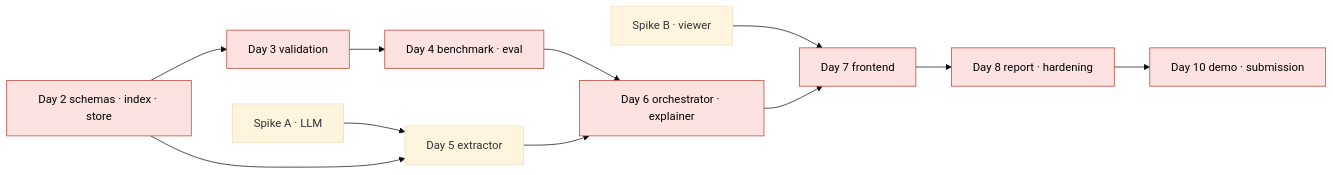
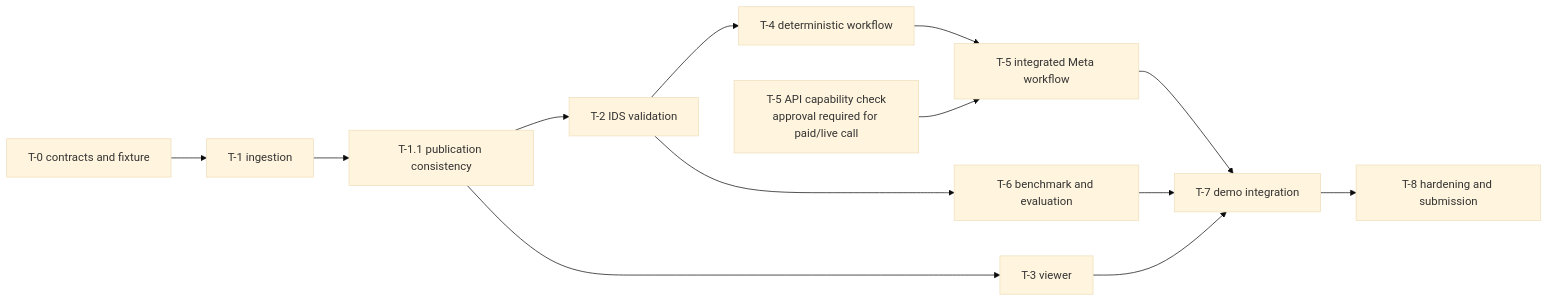
The diagram in docs/IMPLEMENTATION_PLAN.md (natnew/BIM-Intelligence), drawn with Mermaid (base theme) before and after one commit. The commit also changed other lines of this file and 3 other files, not shown here.

````diff
--- a/docs/IMPLEMENTATION_PLAN.md
+++ b/docs/IMPLEMENTATION_PLAN.md
@@ -109,15 +164,15 @@
 ```mermaid
 flowchart LR
-    S1["Spike A · LLM"] --> D5["Day 5 extractor"]
-    S2["Spike B · viewer"] --> D7["Day 7 frontend"]
-    D2["Day 2 schemas · index · store"] --> D3["Day 3 validation"]
-    D2 --> D5
-    D3 --> D4["Day 4 benchmark · eval"]
-    D4 --> D6["Day 6 orchestrator · explainer"]
-    D5 --> D6
-    D6 --> D7
-    D7 --> D8["Day 8 report · hardening"]
-    D8 --> D10["Day 10 demo · submission"]
-    classDef crit fill:#fde2e2,stroke:#c0392b,color:#000;
-    class D2,D3,D4,D6,D7,D8,D10 crit;
+    T0["T-0 contracts and fixture"] --> T1["T-1 ingestion"]
+    T1 --> T11["T-1.1 publication consistency"]
+    T11 --> T2["T-2 IDS validation"]
+    T2 --> T4["T-4 deterministic workflow"]
+    T4 --> T5["T-5 integrated Meta workflow"]
+    T5 --> T7["T-7 demo integration"]
+    T7 --> T8["T-8 hardening and submission"]
+    T11 --> T3["T-3 viewer"]
+    T3 --> T7
+    T2 --> T6["T-6 benchmark and evaluation"]
+    T6 --> T7
+    SPIKE["T-5 API capability check<br/>approval required for paid/live call"] --> T5
 ```
````
